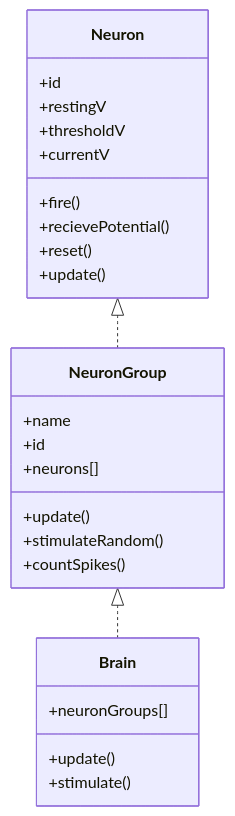
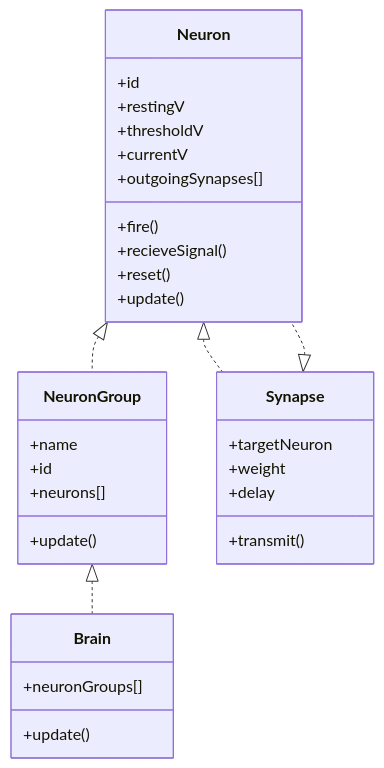
One commit to KayraParker-Nance/BrainBridge changed the third of 3 diagrams in docs/02brain.md. Above: the diagram before and after it, drawn with Mermaid. The commit also changed other lines of this file, not shown here.

Commit message:
Added brain documentation

````diff
--- a/docs/02brain.md
+++ b/docs/02brain.md
@@ -9,29 +17,35 @@
 ```mermaid
 classDiagram
 class Neuron{
 +id
 +restingV
 +thresholdV
 +currentV
++outgoingSynapses[]
 +fire()
-+recievePotential()
++recieveSignal()
 +reset()
 +update()
 }
 class NeuronGroup{
 +name
 +id
 +neurons[]
 +update()
-+stimulateRandom()
-+countSpikes()
 }
 class Brain{
 +neuronGroups[]
 +update()
-+stimulate()
+}
+class Synapse{
+    +targetNeuron
+    +weight
+    +delay
+    +transmit()
 }
 
 NeuronGroup <|.. Brain
 Neuron <|.. NeuronGroup
+Neuron <|.. Synapse
+Synapse <|.. Neuron
 ```
````
